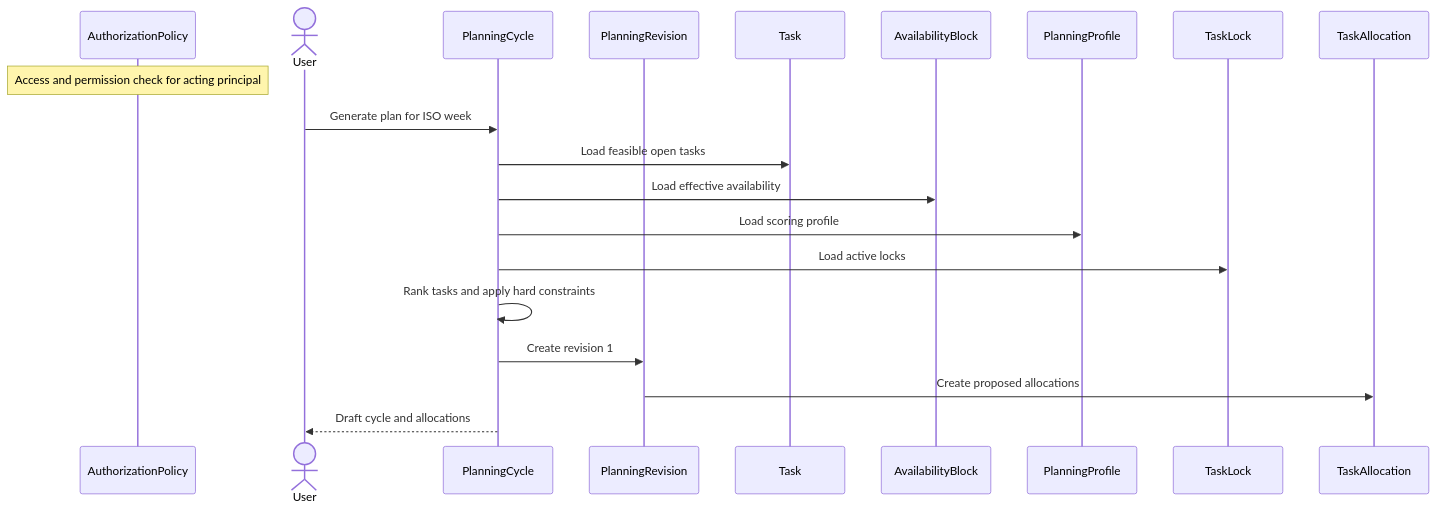
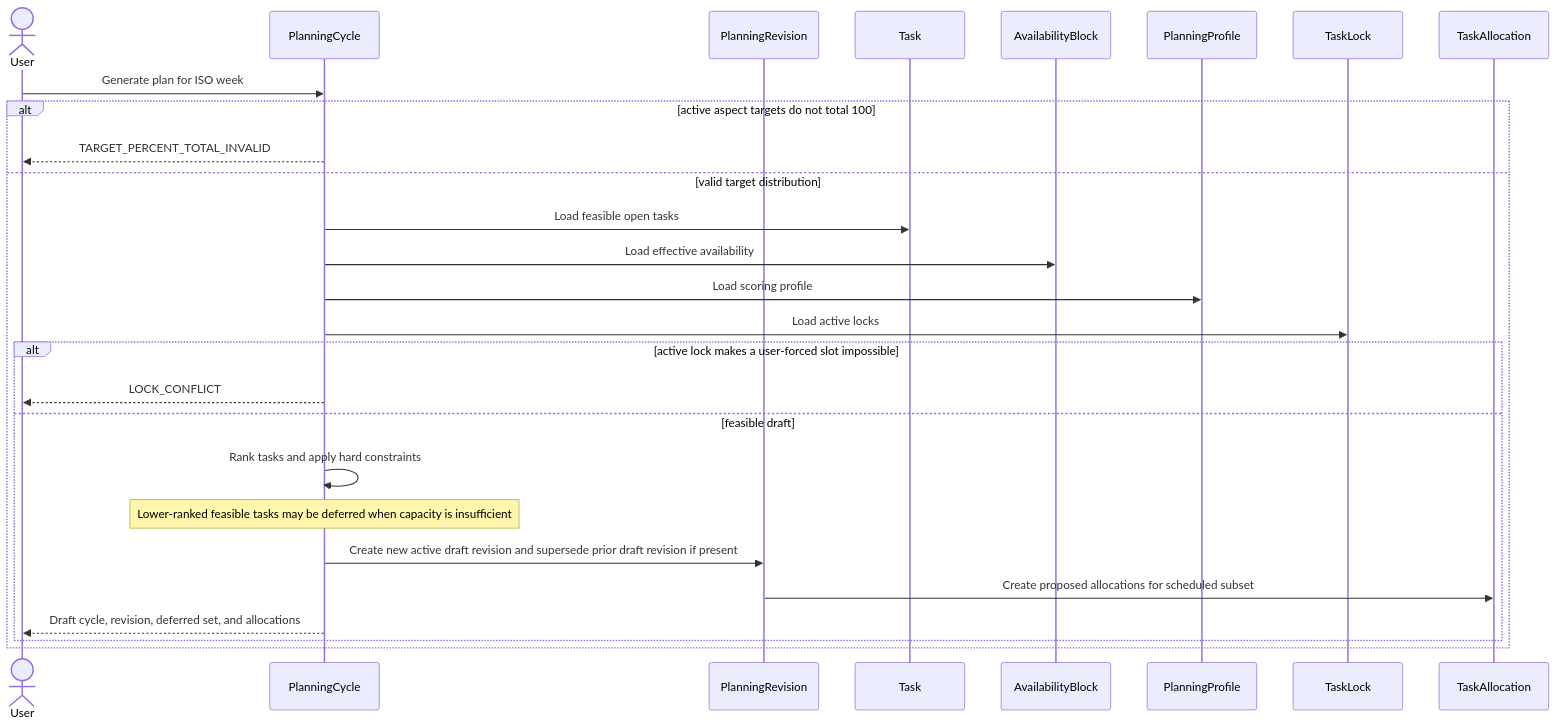
One commit to ChidiRnweke/margin changed the sixth of 11 diagrams in architecture/sequence-diagrams/04-availability-planning.md. Above: the diagram before and after it, drawn with Mermaid. The commit also changed other lines of this file and 12 other files, not shown here.

Commit message:
Enhance sequence diagrams and introduce traceability matrix

````diff
--- a/architecture/sequence-diagrams/04-availability-planning.md
+++ b/architecture/sequence-diagrams/04-availability-planning.md
@@ -83,22 +104,29 @@
 ```mermaid
 sequenceDiagram
-    participant G as AuthorizationPolicy
-    Note over G: Access and permission check for acting principal
     actor U as User
     participant C as PlanningCycle
     participant R as PlanningRevision
     participant T as Task
     participant B as AvailabilityBlock
     participant P as PlanningProfile
     participant L as TaskLock
     participant A as TaskAllocation
     U->>C: Generate plan for ISO week
-    C->>T: Load feasible open tasks
-    C->>B: Load effective availability
-    C->>P: Load scoring profile
-    C->>L: Load active locks
-    C->>C: Rank tasks and apply hard constraints
-    C->>R: Create revision 1
-    R->>A: Create proposed allocations
-    C-->>U: Draft cycle and allocations
+    alt active aspect targets do not total 100
+        C-->>U: TARGET_PERCENT_TOTAL_INVALID
+    else valid target distribution
+        C->>T: Load feasible open tasks
+        C->>B: Load effective availability
+        C->>P: Load scoring profile
+        C->>L: Load active locks
+        alt active lock makes a user-forced slot impossible
+            C-->>U: LOCK_CONFLICT
+        else feasible draft
+            C->>C: Rank tasks and apply hard constraints
+            Note over C: Lower-ranked feasible tasks may be deferred when capacity is insufficient
+            C->>R: Create new active draft revision and supersede prior draft revision if present
+            R->>A: Create proposed allocations for scheduled subset
+            C-->>U: Draft cycle, revision, deferred set, and allocations
+        end
+    end
 ```
````
